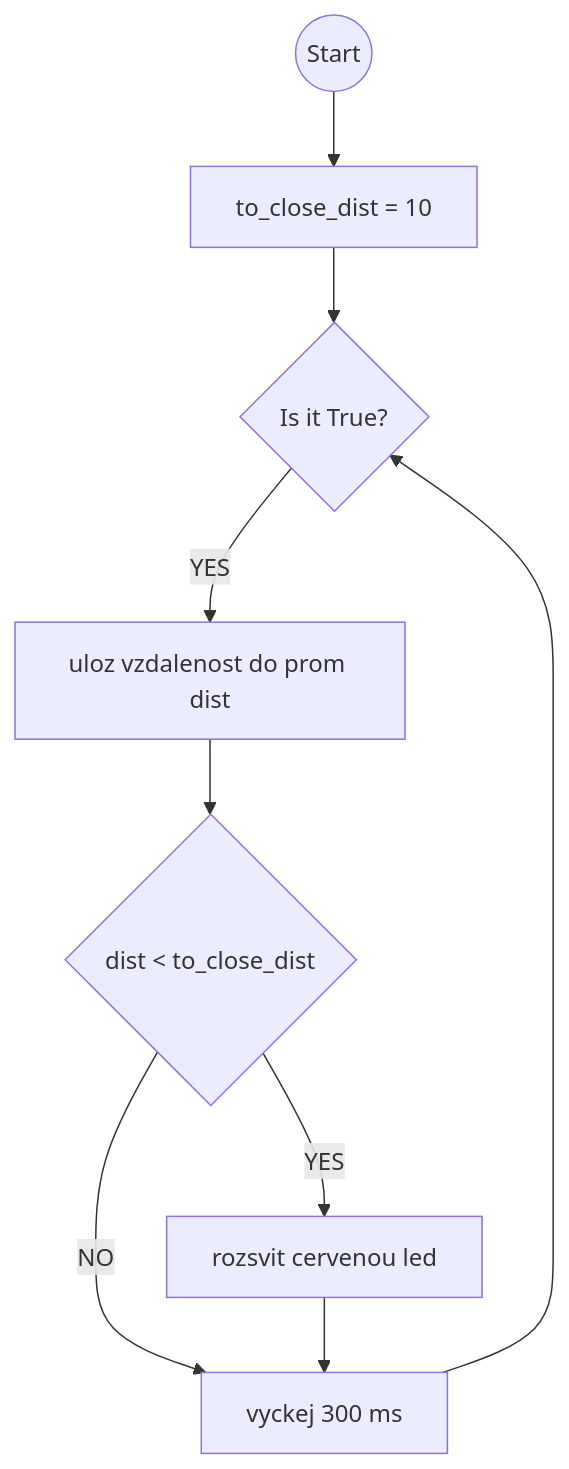
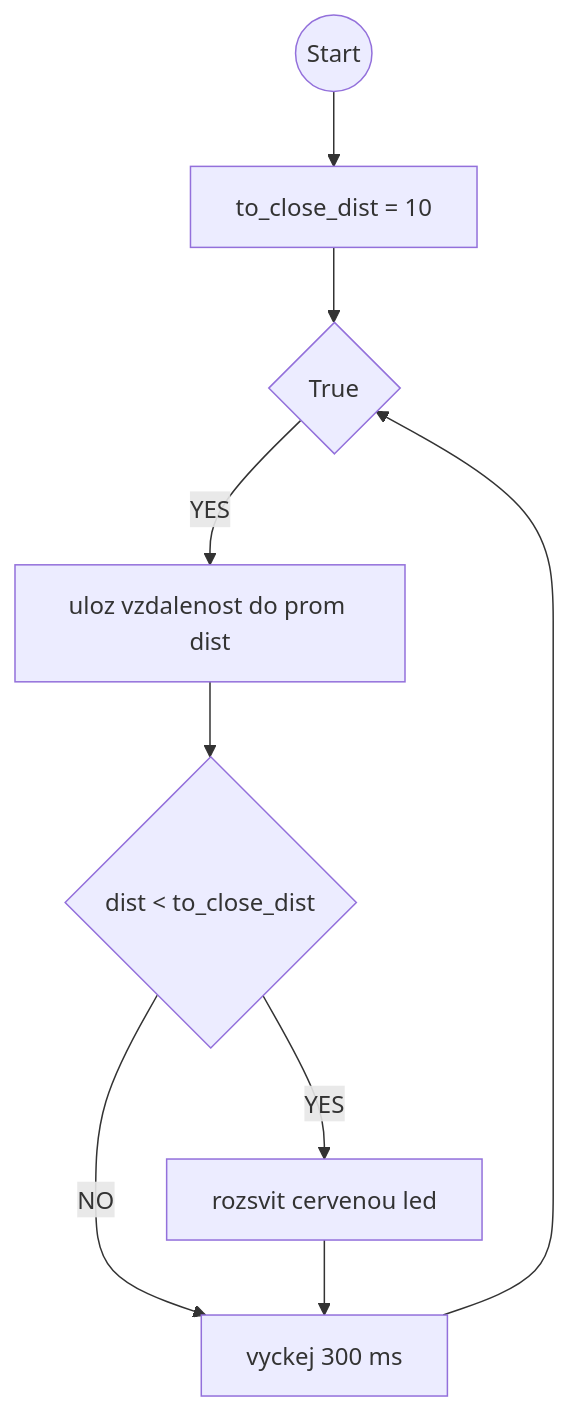
One commit to denisa-mat/BP-microbit changed the second of 3 diagrams in README.md. Above: the diagram before and after it, drawn with Mermaid. The commit also changed other lines of this file, not shown here.

````diff
--- a/README.md
+++ b/README.md
@@ -95,11 +95,11 @@
 ``` mermaid
   graph TD;
       A((Start)) --> B[to_close_dist = 10];
-      B --> C{Is it True?};
+      B --> C{True};
       C -- YES --> D[uloz vzdalenost do prom dist];
 	  D --> E{dist < to_close_dist};
 	  	E -- YES --> G[rozsvit cervenou led];
       E -- NO --> H[vyckej 300 ms];
       G --> H;
       H --> C;
 ```
````
